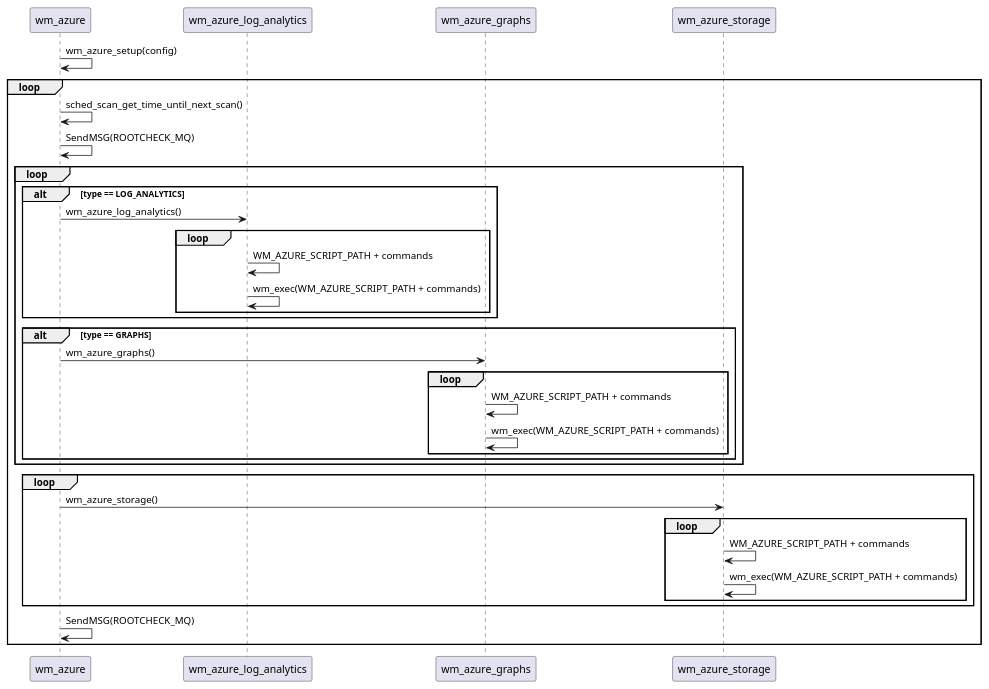
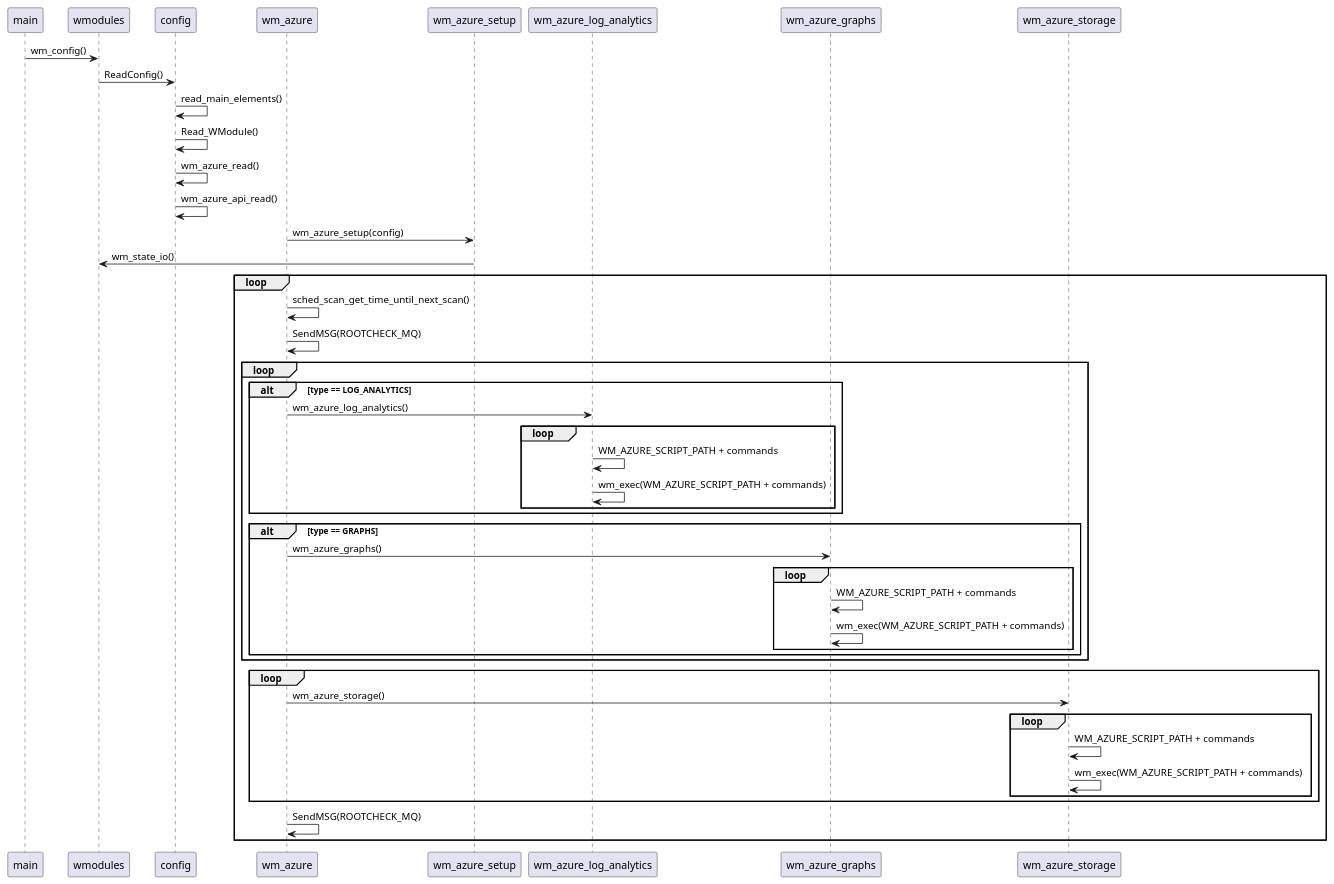
The diagram in architecture/wm_azure/001-sequence.puml (wazuh/wazuh-agent), drawn with PlantUML before and after one commit.

Commit message:
Extended sequence diagram related to wmodule and azure interaction

```diff
--- a/architecture/wm_azure/001-sequence.puml
+++ b/architecture/wm_azure/001-sequence.puml
@@ -5,31 +5,38 @@
 @startuml wm_azure
-    wm_azure -> wm_azure : wm_azure_setup(config)
+    main -> wmodules : wm_config()
+    wmodules -> config : ReadConfig()
+    config -> config : read_main_elements()
+    config -> config : Read_WModule()
+    config -> config : wm_azure_read()
+    config -> config : wm_azure_api_read()
+    wm_azure -> wm_azure_setup : wm_azure_setup(config)
+    wm_azure_setup -> wmodules : wm_state_io()
 loop
     wm_azure -> wm_azure : sched_scan_get_time_until_next_scan()
     wm_azure -> wm_azure : SendMSG(ROOTCHECK_MQ)
     loop
         alt type == LOG_ANALYTICS
             wm_azure -> wm_azure_log_analytics : wm_azure_log_analytics()
             loop
                 wm_azure_log_analytics -> wm_azure_log_analytics : WM_AZURE_SCRIPT_PATH + commands
                 wm_azure_log_analytics -> wm_azure_log_analytics : wm_exec(WM_AZURE_SCRIPT_PATH + commands)
             end
         end
         alt type == GRAPHS
             wm_azure -> wm_azure_graphs : wm_azure_graphs()
             loop
                 wm_azure_graphs -> wm_azure_graphs : WM_AZURE_SCRIPT_PATH + commands
                 wm_azure_graphs -> wm_azure_graphs : wm_exec(WM_AZURE_SCRIPT_PATH + commands)
             end
         end
     end
     loop
         wm_azure -> wm_azure_storage : wm_azure_storage()
         loop
             wm_azure_storage -> wm_azure_storage : WM_AZURE_SCRIPT_PATH + commands
             wm_azure_storage -> wm_azure_storage : wm_exec(WM_AZURE_SCRIPT_PATH + commands)
         end
     end
     wm_azure -> wm_azure : SendMSG(ROOTCHECK_MQ)
 end
 @enduml
```
